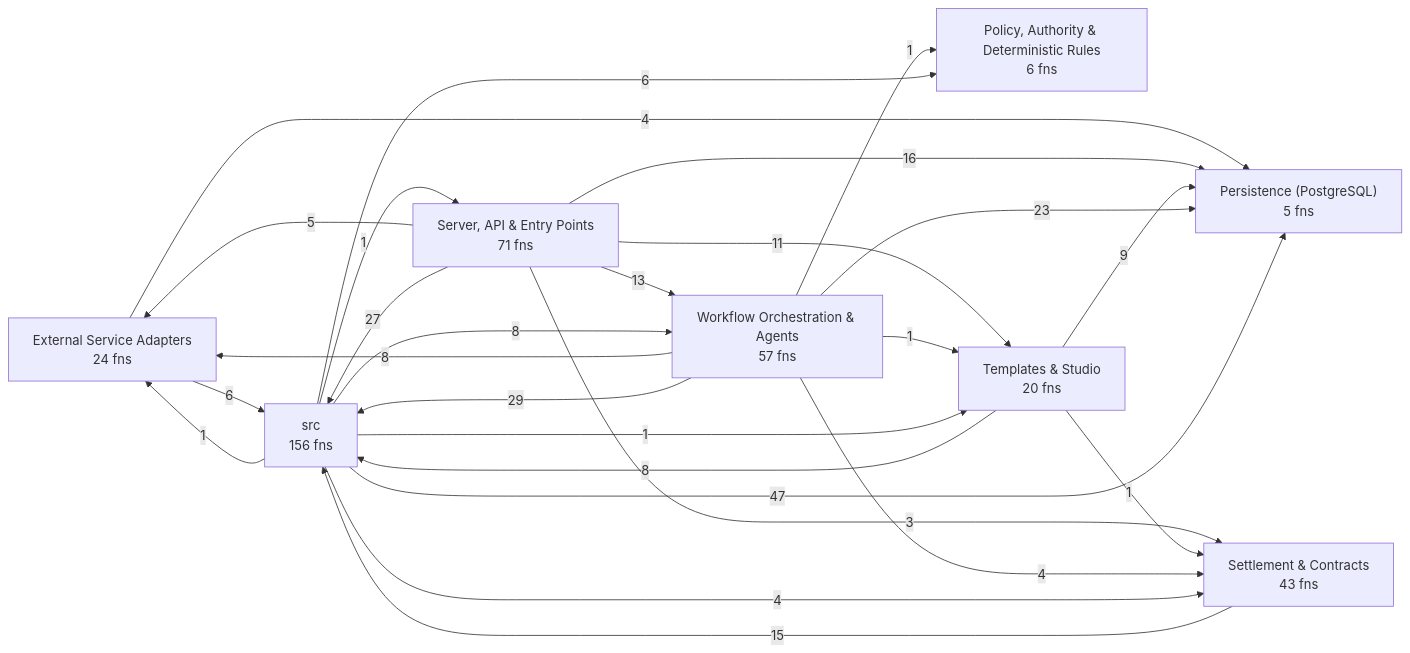
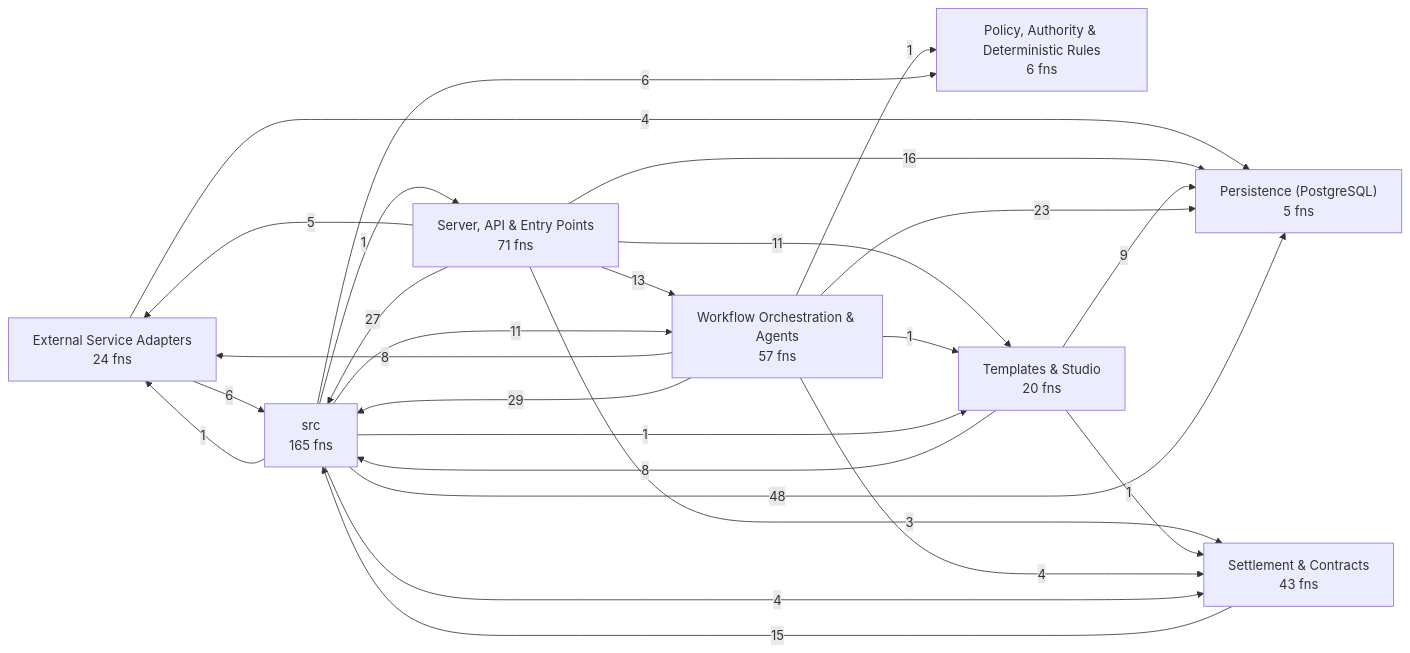
One commit to Jaydearcadian/bind changed the first of 8 diagrams in docs/CODEBASE_MAP.md. Above: the diagram before and after it, drawn with Mermaid. The commit also changed other lines of this file and 8 other files, not shown here.

````diff
--- a/docs/CODEBASE_MAP.md
+++ b/docs/CODEBASE_MAP.md
@@ -12,36 +12,36 @@
 ```mermaid
 flowchart LR
   L0["External Service Adapters<br/>24 fns"]
   L1["Persistence (PostgreSQL)<br/>5 fns"]
   L2["Policy, Authority & Deterministic Rules<br/>6 fns"]
   L3["Server, API & Entry Points<br/>71 fns"]
   L4["Settlement & Contracts<br/>43 fns"]
   L5["Templates & Studio<br/>20 fns"]
   L6["Workflow Orchestration & Agents<br/>57 fns"]
-  L7["src<br/>156 fns"]
+  L7["src<br/>165 fns"]
   L0 -->|4| L1
   L0 -->|6| L7
   L3 -->|5| L0
   L3 -->|16| L1
   L3 -->|3| L4
   L3 -->|11| L5
   L3 -->|13| L6
   L3 -->|27| L7
   L4 -->|15| L7
   L5 -->|9| L1
   L5 -->|1| L4
   L5 -->|8| L7
   L6 -->|8| L0
   L6 -->|23| L1
   L6 -->|1| L2
   L6 -->|4| L4
   L6 -->|1| L5
   L6 -->|29| L7
   L7 -->|1| L0
-  L7 -->|47| L1
+  L7 -->|48| L1
   L7 -->|6| L2
   L7 -->|1| L3
   L7 -->|4| L4
   L7 -->|1| L5
-  L7 -->|8| L6
+  L7 -->|11| L6
 ```
````
